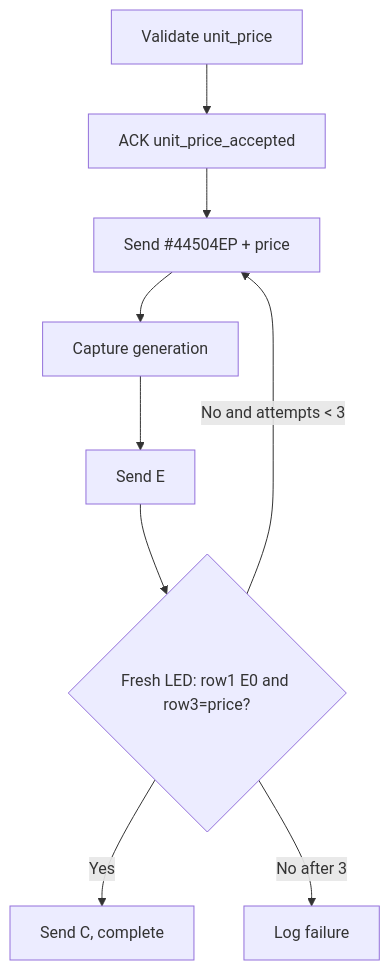
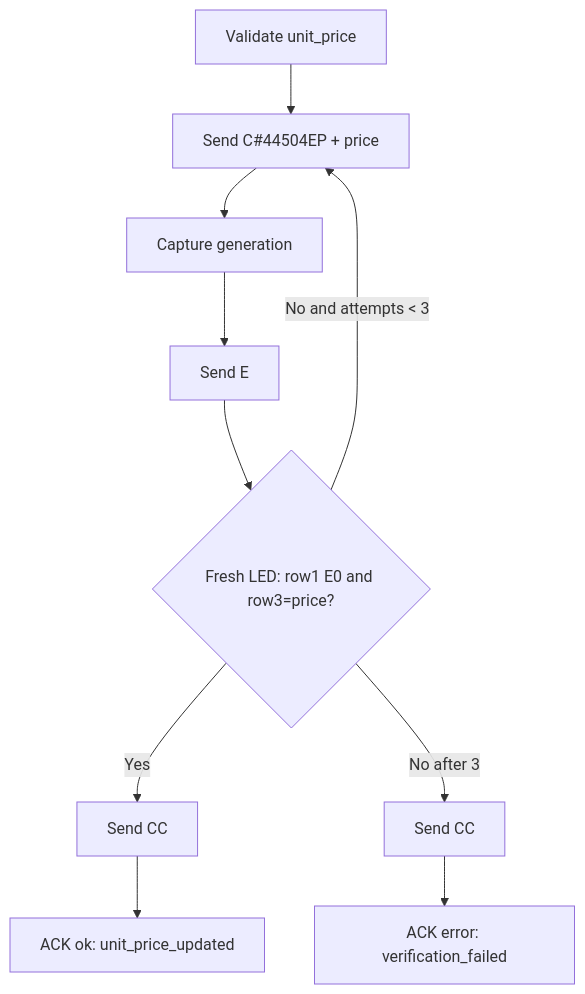
The seventh of 11 diagrams in docs/iot/firmware/flow.md (kenhkythuat/keyboard_phuongnam), drawn with Mermaid before and after one commit. The commit also changed other lines of this file and 9 other files, not shown here.

````diff
--- a/docs/iot/firmware/flow.md
+++ b/docs/iot/firmware/flow.md
@@ -172,11 +172,12 @@
 ```mermaid
 flowchart TD
-    A[Validate unit_price] --> B[ACK unit_price_accepted]
-    B --> C[Send #44504EP + price]
+    A[Validate unit_price] --> C[Send C#44504EP + price]
     C --> D[Capture generation]
     D --> E[Send E]
     E --> F{Fresh LED: row1 E0 and row3=price?}
-    F -- Yes --> G[Send C, complete]
+    F -- Yes --> G[Send CC]
     F -- No and attempts < 3 --> C
-    F -- No after 3 --> H[Log failure]
+    F -- No after 3 --> H[Send CC]
+    G --> I[ACK ok: unit_price_updated]
+    H --> J[ACK error: verification_failed]
 ```
````
